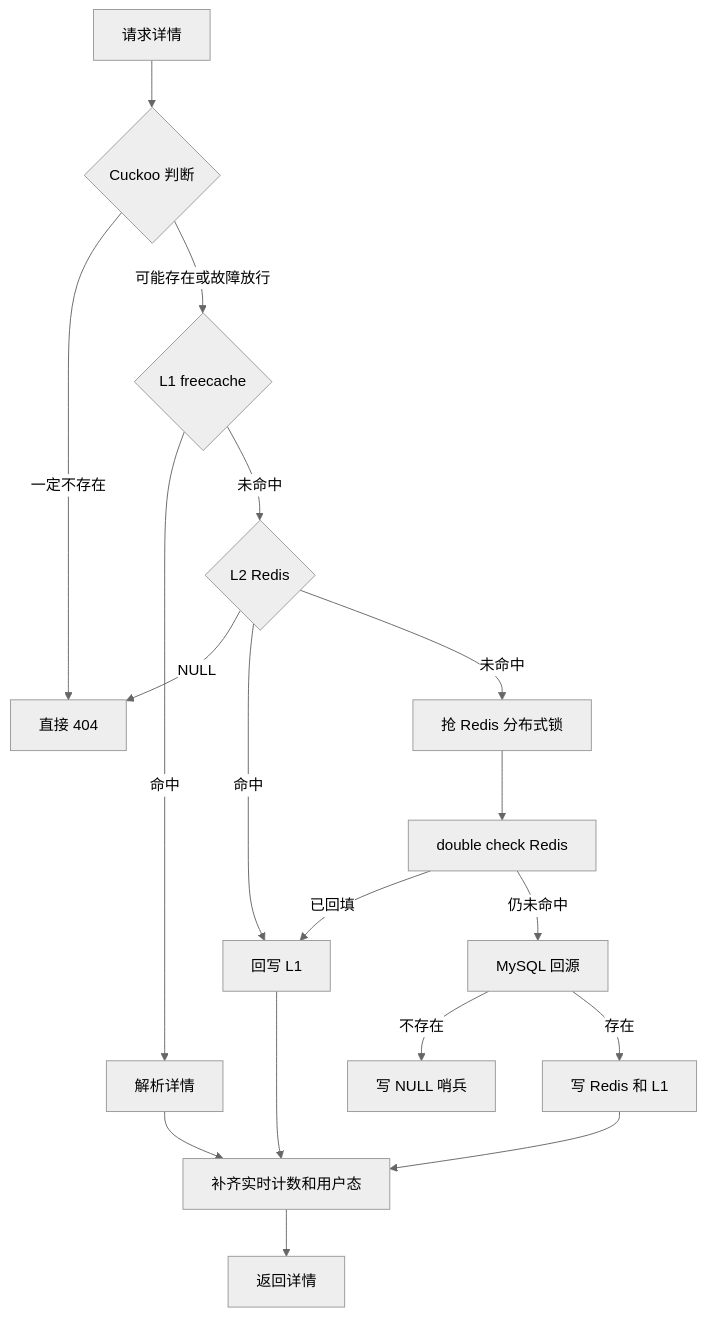
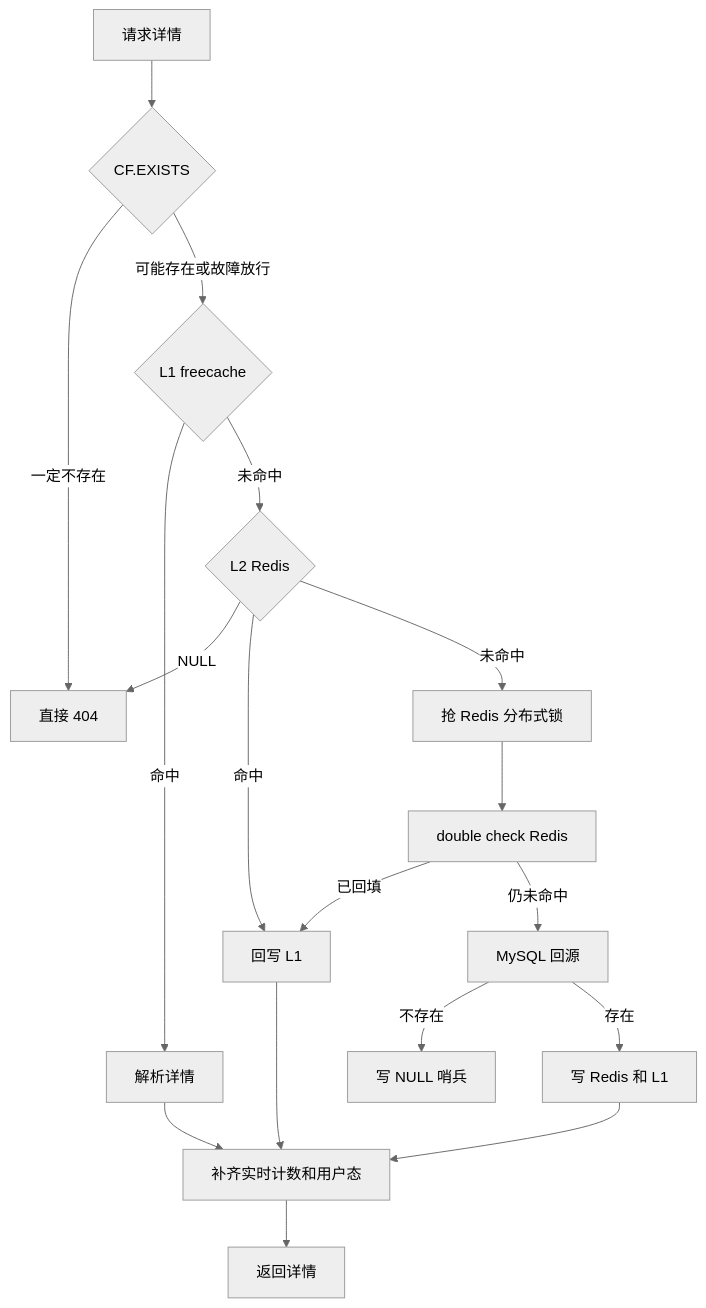
The fourth of 7 diagrams in README.md (bitladykiller/zhiguang_go), drawn with Mermaid (neutral theme) before and after one commit. The commit also changed other lines of this file and 12 other files, not shown here.

````diff
--- a/README.md
+++ b/README.md
@@ -468,20 +468,20 @@
 ```mermaid
 flowchart TD
-    A[请求详情] --> B{Cuckoo 判断}
+    A[请求详情] --> B{CF.EXISTS}
     B -->|一定不存在| C[直接 404]
     B -->|可能存在或故障放行| D{L1 freecache}
     D -->|命中| E[解析详情]
     D -->|未命中| F{L2 Redis}
     F -->|NULL| C
     F -->|命中| G[回写 L1]
     F -->|未命中| H[抢 Redis 分布式锁]
     H --> I[double check Redis]
     I -->|已回填| G
     I -->|仍未命中| J[MySQL 回源]
     J -->|不存在| K[写 NULL 哨兵]
     J -->|存在| L[写 Redis 和 L1]
     E --> M[补齐实时计数和用户态]
     G --> M
     L --> M
     M --> N[返回详情]
 ```
````
